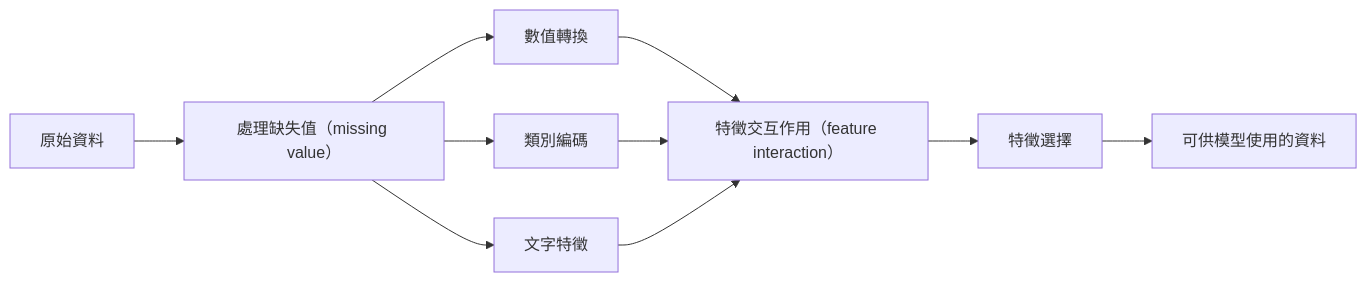
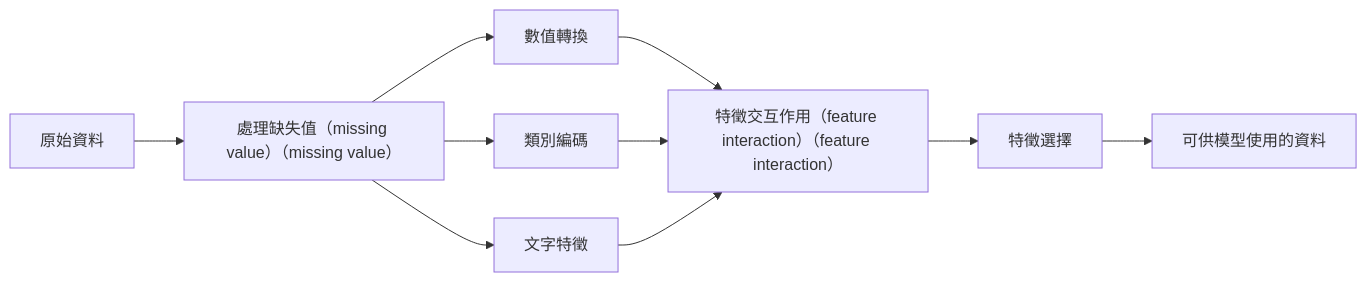
The diagram in i18n/zh-TW/phases/02-ml-fundamentals/08-feature-engineering/docs/zh-TW.md (edward821220/ai-engineering-from-scratch), drawn with Mermaid before and after one commit. The commit also changed other lines of this file and 197 other files, not shown here.

````diff
--- a/i18n/zh-TW/phases/02-ml-fundamentals/08-feature-engineering/docs/zh-TW.md
+++ b/i18n/zh-TW/phases/02-ml-fundamentals/08-feature-engineering/docs/zh-TW.md
@@ -31,12 +31,12 @@
 ```mermaid
 flowchart LR
-    A[原始資料] --> B[處理缺失值（missing value）]
+    A[原始資料] --> B[處理缺失值（missing value）（missing value）]
     B --> C[數值轉換]
     B --> D[類別編碼]
     B --> E[文字特徵]
-    C --> F[特徵交互作用（feature interaction）]
+    C --> F[特徵交互作用（feature interaction）（feature interaction）]
     D --> F
     E --> F
     F --> G[特徵選擇]
     G --> H[可供模型使用的資料]
 ```
````
